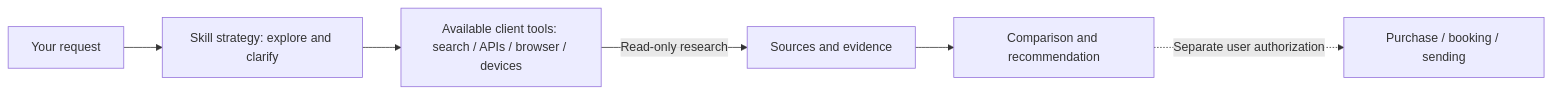
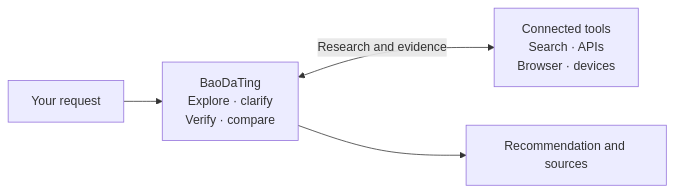
The diagram in README.en.md (RUIIIOVO/BaoDaTing), drawn with Mermaid before and after one commit. The commit also changed other lines of this file and 1 other file, not shown here.

Commit message:
Keep the README diagram readable at GitHub content width

````diff
--- a/README.en.md
+++ b/README.en.md
@@ -53,8 +53,6 @@
 ```mermaid
 flowchart LR
-    A[Your request] --> B[Skill strategy: explore and clarify]
-    B --> C[Available client tools: search / APIs / browser / devices]
-    C -->|Read-only research| D[Sources and evidence]
-    D --> E[Comparison and recommendation]
-    E -. Separate user authorization .-> F[Purchase / booking / sending]
+    A[Your request] --> B["BaoDaTing<br/>Explore · clarify<br/>Verify · compare"]
+    B <-->|Research and evidence| C["Connected tools<br/>Search · APIs<br/>Browser · devices"]
+    B --> D[Recommendation and sources]
 ```
````
